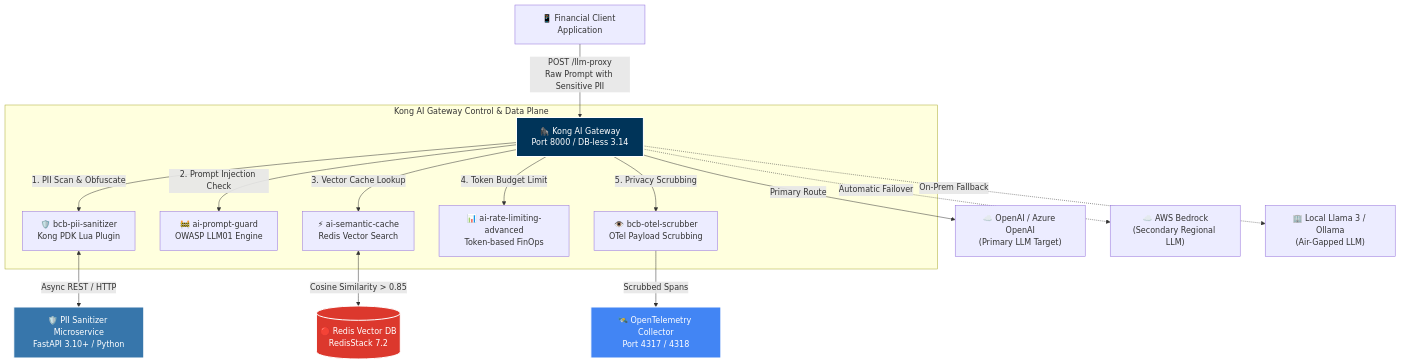
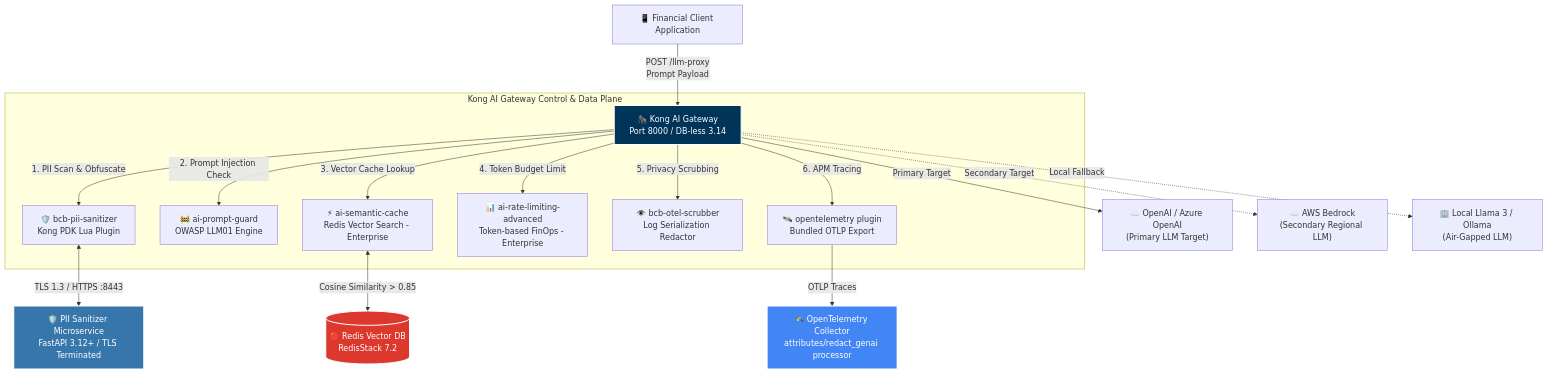
Before and after one commit to vfcarida/kong-ai-gateway-bcb-compliance: the first of 2 diagrams in README.md, drawn with Mermaid. The commit also changed other lines of this file and 17 other files, not shown here.

````diff
--- a/README.md
+++ b/README.md
@@ -65,30 +76,31 @@
 ```mermaid
 graph TD
-    Client[📱 Financial Client Application] -->|POST /llm-proxy<br>Raw Prompt with Sensitive PII| Kong[🦍 Kong AI Gateway<br>Port 8000 / DB-less 3.14]
+    Client[📱 Financial Client Application] -->|POST /llm-proxy<br>Prompt Payload| Kong[🦍 Kong AI Gateway<br>Port 8000 / DB-less 3.14]
 
     subgraph KongControlPlane ["Kong AI Gateway Control & Data Plane"]
         Kong -->|1. PII Scan & Obfuscate| LuaPII[🛡️ bcb-pii-sanitizer<br>Kong PDK Lua Plugin]
         Kong -->|2. Prompt Injection Check| PromptGuard[🚧 ai-prompt-guard<br>OWASP LLM01 Engine]
-        Kong -->|3. Vector Cache Lookup| SemanticCache[⚡ ai-semantic-cache<br>Redis Vector Search]
-        Kong -->|4. Token Budget Limit| RateLimit[📊 ai-rate-limiting-advanced<br>Token-based FinOps]
-        Kong -->|5. Privacy Scrubbing| OTelScrubber[👁️ bcb-otel-scrubber<br>OTel Payload Scrubbing]
+        Kong -->|3. Vector Cache Lookup| SemanticCache[⚡ ai-semantic-cache<br>Redis Vector Search - Enterprise]
+        Kong -->|4. Token Budget Limit| RateLimit[📊 ai-rate-limiting-advanced<br>Token-based FinOps - Enterprise]
+        Kong -->|5. Privacy Scrubbing| OTelScrubber[👁️ bcb-otel-scrubber<br>Log Serialization Redactor]
+        Kong -->|6. APM Tracing| KongOTel[🛰️ opentelemetry plugin<br>Bundled OTLP Export]
     end
 
-    LuaPII <-->|Async REST / HTTP| FastPII[🛡️ PII Sanitizer Microservice<br>FastAPI 3.10+ / Python]
+    LuaPII <-->|TLS 1.3 / HTTPS :8443| FastPII[🛡️ PII Sanitizer Microservice<br>FastAPI 3.12+ / TLS Terminated]
     SemanticCache <-->|Cosine Similarity > 0.85| Redis[(🔴 Redis Vector DB<br>RedisStack 7.2)]
-    OTelScrubber -->|Scrubbed Spans| OTelCollector[🛰️ OpenTelemetry Collector<br>Port 4317 / 4318]
+    KongOTel -->|OTLP Traces| OTelCollector[🛰️ OpenTelemetry Collector<br>attributes/redact_genai processor]
 
-    Kong -->|Primary Route| OpenAI["☁️ OpenAI / Azure OpenAI<br>(Primary LLM Target)"]
-    Kong -.->|Automatic Failover| Bedrock["☁️ AWS Bedrock<br>(Secondary Regional LLM)"]
-    Kong -.->|On-Prem Fallback| Ollama["🏢 Local Llama 3 / Ollama<br>(Air-Gapped LLM)"]
+    Kong -->|Primary Target| OpenAI["☁️ OpenAI / Azure OpenAI<br>(Primary LLM Target)"]
+    Kong -.->|Secondary Target| Bedrock["☁️ AWS Bedrock<br>(Secondary Regional LLM)"]
+    Kong -.->|Local Fallback| Ollama["🏢 Local Llama 3 / Ollama<br>(Air-Gapped LLM)"]
 
     classDef kong fill:#003459,stroke:#fff,stroke-width:2px,color:#fff;
     classDef redis fill:#DC382D,stroke:#fff,stroke-width:2px,color:#fff;
     classDef python fill:#3776AB,stroke:#fff,stroke-width:2px,color:#fff;
     classDef otel fill:#4285F4,stroke:#fff,stroke-width:2px,color:#fff;
 
     class Kong kong;
     class Redis redis;
     class FastPII python;
     class OTelCollector otel;
 ```
````
